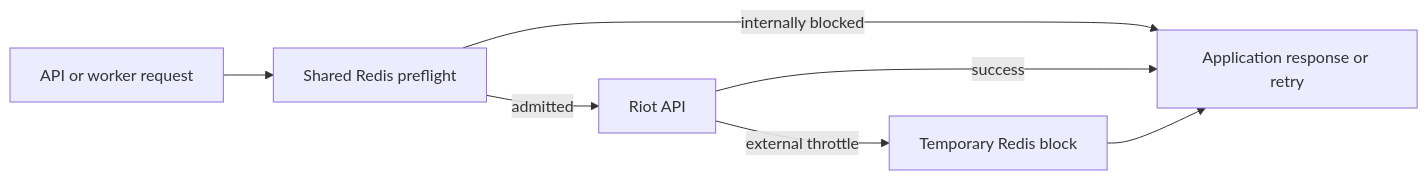
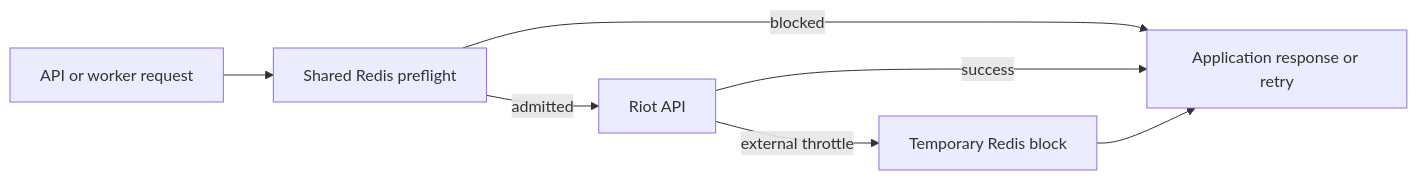
Before and after one commit to winrates-gg/wrgg-public-documentation: the fifth of 8 diagrams in docs/backend-runtime.md, drawn with Mermaid. The commit also changed other lines of this file, not shown here.

````diff
--- a/docs/backend-runtime.md
+++ b/docs/backend-runtime.md
@@ -304,15 +305,15 @@
 ```mermaid
 flowchart LR
     Request[API or worker request]
     Preflight[Shared Redis preflight]
     Riot[Riot API]
     Block[Temporary Redis block]
     Outcome[Application response or retry]
 
     Request --> Preflight
     Preflight -->|admitted| Riot
-    Preflight -->|internally blocked| Outcome
+    Preflight -->|blocked| Outcome
     Riot -->|success| Outcome
     Riot -->|external throttle| Block
     Block --> Outcome
 ```
````
